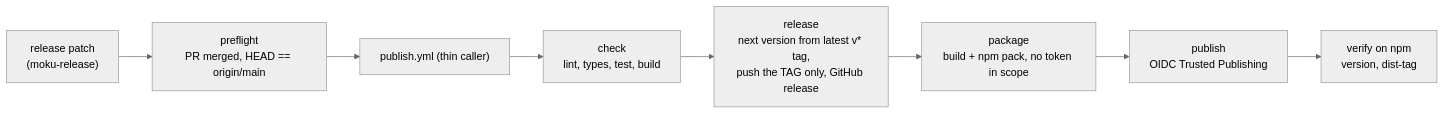
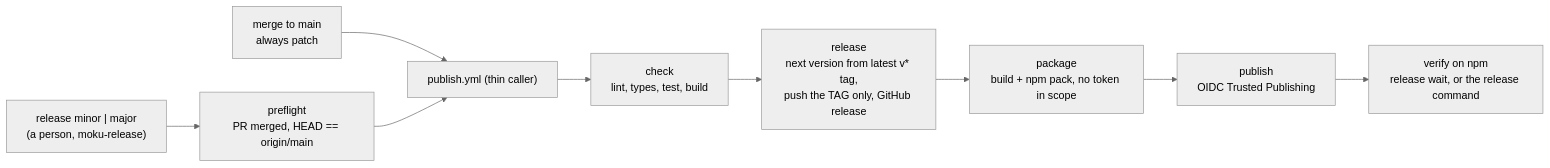
The diagram in plugins/moku/skills/moku-release/references/release-model.md (moku-labs/claude), drawn with Mermaid (neutral theme) before and after one commit. The commit also changed other lines of this file and 17 other files, not shown here.

First line of the commit message:
release: a merge releases a patch, the plugin waits for it (0.85.0)

````diff
--- a/plugins/moku/skills/moku-release/references/release-model.md
+++ b/plugins/moku/skills/moku-release/references/release-model.md
@@ -10,10 +10,11 @@
 ```mermaid
 flowchart LR
-  D["release patch<br/>(moku-release)"] --> PF["preflight<br/>PR merged, HEAD == origin/main"]
-  PF --> W["publish.yml (thin caller)"]
+  M["merge to main<br/>always patch"] --> W["publish.yml (thin caller)"]
+  D["release minor | major<br/>(a person, moku-release)"] --> PF["preflight<br/>PR merged, HEAD == origin/main"]
+  PF --> W
   W --> C["check<br/>lint, types, test, build"]
   C --> R["release<br/>next version from latest v* tag,<br/>push the TAG only, GitHub release"]
   R --> P["package<br/>build + npm pack, no token in scope"]
   P --> PUB["publish<br/>OIDC Trusted Publishing"]
-  PUB --> V["verify on npm<br/>version, dist-tag"]
+  PUB --> V["verify on npm<br/>release wait, or the release command"]
 ```
````
